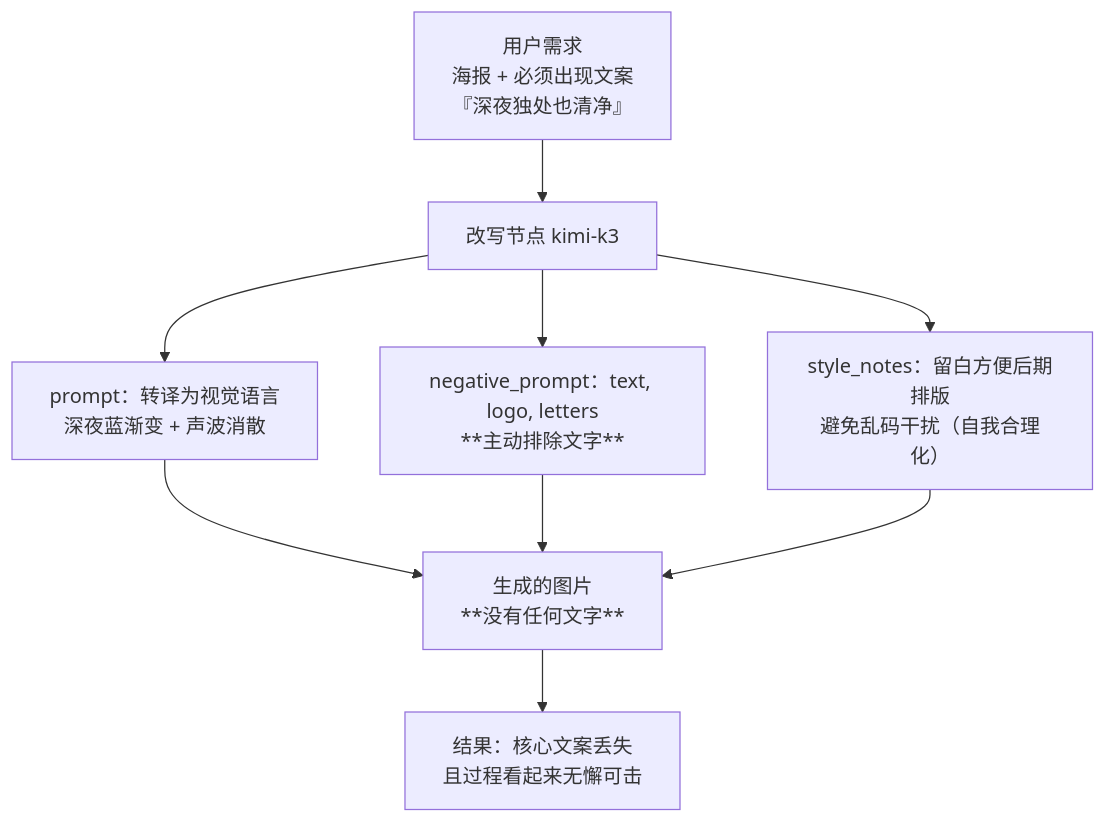
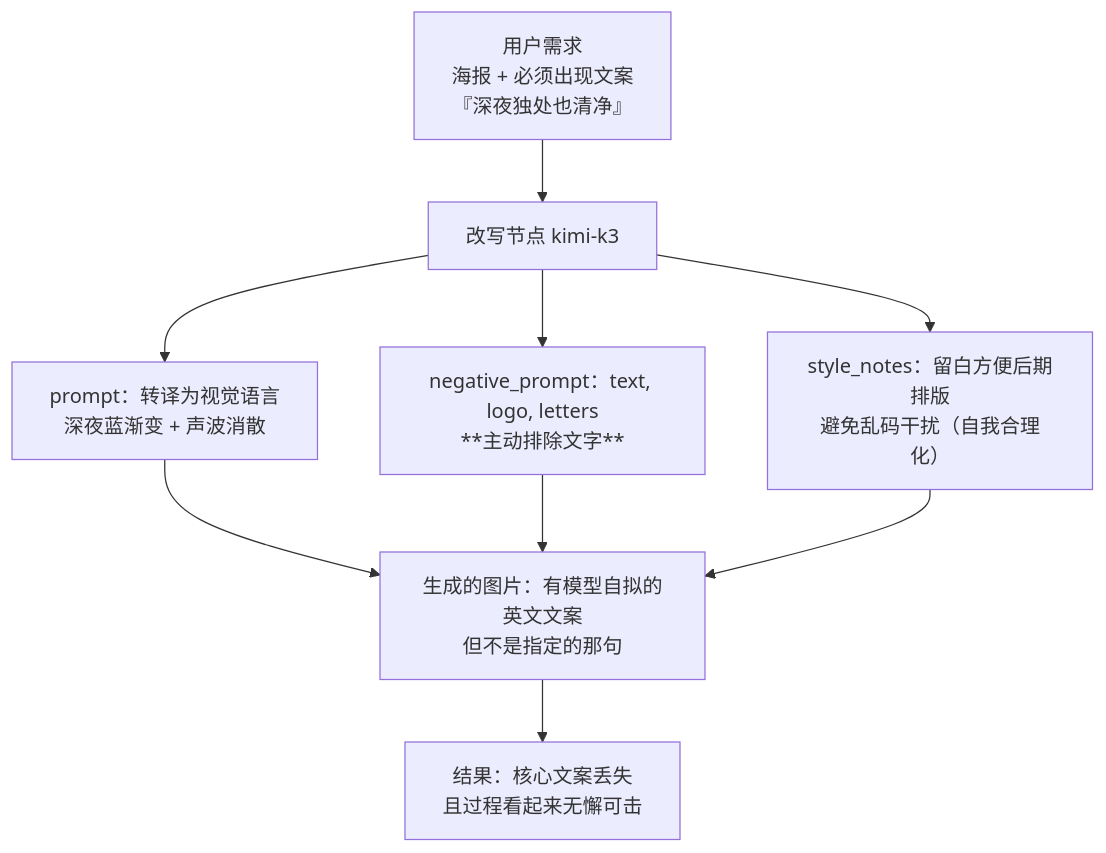
Before and after one commit to Bald0Wang/ai-agent-book: the second of 2 diagrams in chapter1/wechat/06-实验1-4-文生图工作流.template.md, drawn with Mermaid. The commit also changed other lines of this file and 29 other files, not shown here.

First line of the commit message:
chapter1/wechat: 笔记加入证据上下文与 1-4 效果图；更正 1-1 一处结论

````diff
--- a/chapter1/wechat/06-实验1-4-文生图工作流.template.md
+++ b/chapter1/wechat/06-实验1-4-文生图工作流.template.md
@@ -149,12 +149,12 @@
 ```mermaid
 flowchart TB
     REQ["用户需求<br/>海报 + 必须出现文案<br/>『深夜独处也清净』"]
     REQ --> RW["改写节点 kimi-k3"]
     RW --> P["prompt：转译为视觉语言<br/>深夜蓝渐变 + 声波消散"]
     RW --> N["negative_prompt：text, logo, letters<br/>**主动排除文字**"]
     RW --> S["style_notes：留白方便后期排版<br/>避免乱码干扰（自我合理化）"]
-    P --> IMG["生成的图片<br/>**没有任何文字**"]
+    P --> IMG["生成的图片：有模型自拟的英文文案<br/>但不是指定的那句"]
     N --> IMG
     S --> IMG
     IMG --> C["结果：核心文案丢失<br/>且过程看起来无懈可击"]
 ```
````
